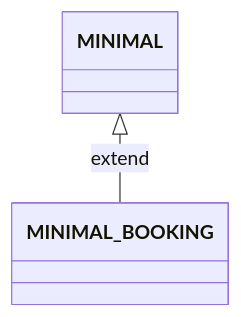
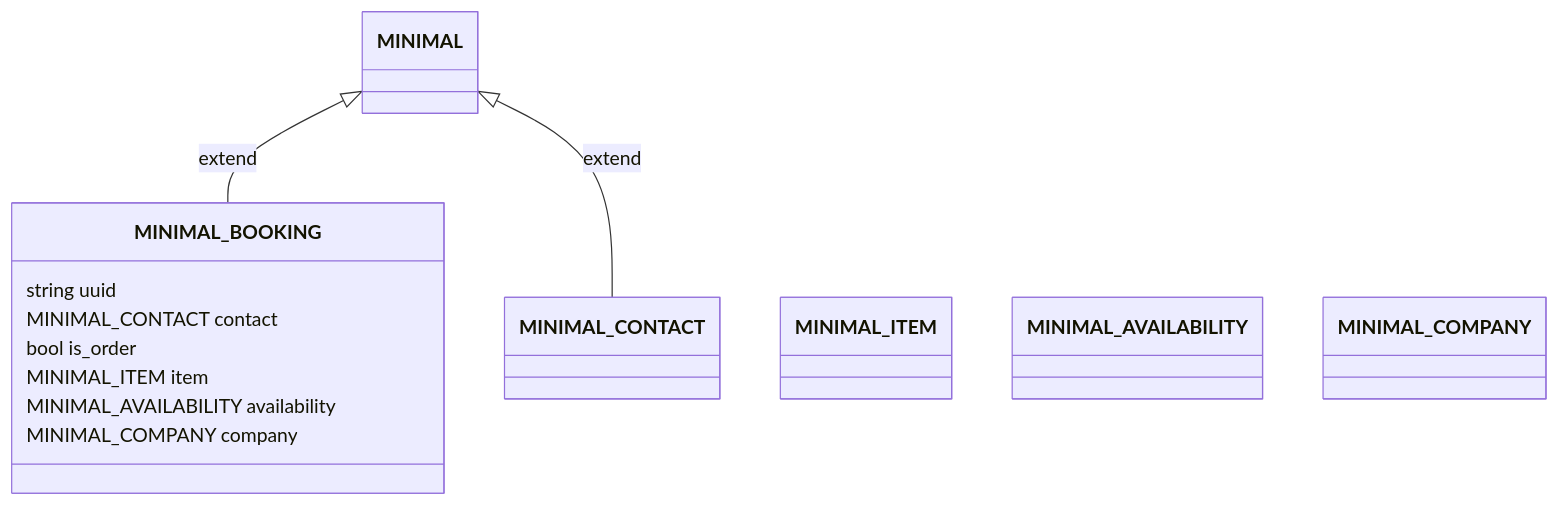
One commit to fulv/mermaid-demo changed the diagram in minimal_booking.md. Above: the diagram before and after it, drawn with Mermaid.

````diff
--- a/minimal_booking.md
+++ b/minimal_booking.md
@@ -1,8 +1,29 @@
 ```mermaid
 classDiagram
   direction BT
 
-  class MINIMAL_BOOKING
+  
+  class MINIMAL_BOOKING {
+    string uuid
+    MINIMAL_CONTACT contact
+    bool is_order
+    MINIMAL_ITEM item
+    MINIMAL_AVAILABILITY availability
+    MINIMAL_COMPANY company
+  }
+  
+  class MINIMAL_CONTACT {
+  }
+  
+  class MINIMAL_ITEM {
+  }
+  
+  class MINIMAL_AVAILABILITY {
+  }
+  
+  class MINIMAL_COMPANY {
+  }
 
   MINIMAL_BOOKING --|> MINIMAL : extend
+  MINIMAL_CONTACT --|> MINIMAL : extend
 ```
````
